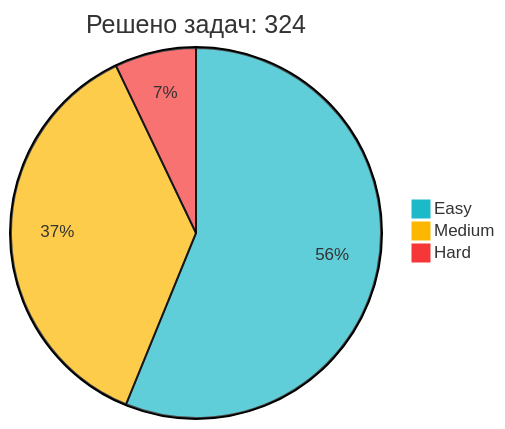
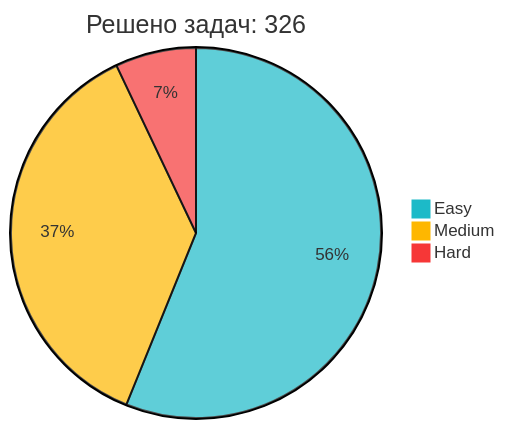
One commit to IliaKurdukov/IliaKurdukov changed the diagram in README.md. Above: the diagram before and after it, drawn with Mermaid. The commit also changed other lines of this file, not shown here.

Commit message:
📈 Обновление статистики LeetCode

````diff
--- a/README.md
+++ b/README.md
@@ -51,7 +51,7 @@
 ```mermaid
 %%{init: {'theme': 'base', 'themeVariables': { 'pie1': '#1CBAC8', 'pie2': '#FEB700', 'pie3': '#F63737' }, 'config': {'width': 300, 'height': 200}}}%%
-pie title Решено задач: 324
-   "Easy" : 182
-   "Medium" : 119
+pie title Решено задач: 326
+   "Easy" : 183
+   "Medium" : 120
    "Hard" : 23
 ```
````
